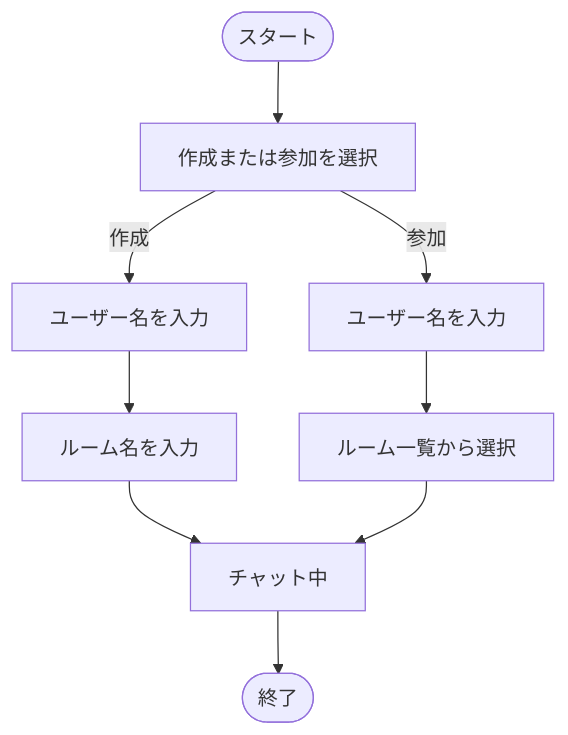
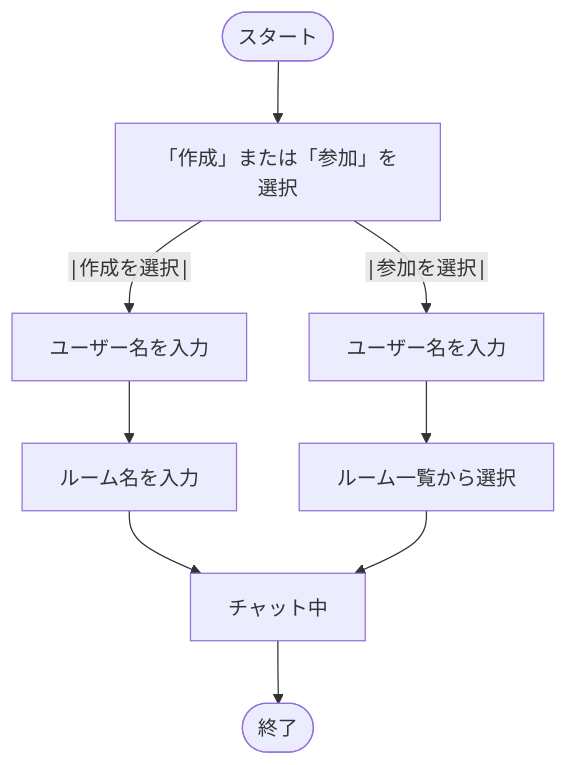
The first of 5 diagrams in README.md (BackendExplorer/Online-Chat-Service), drawn with Mermaid before and after one commit.

````diff
--- a/README.md
+++ b/README.md
@@ -1,19 +1,20 @@
 ```mermaid
 flowchart TD
     Start([スタート])
-    選択[作成または参加を選択]
+    選択["「作成」または「参加」を選択"]
 
     入力作成[ユーザー名を入力]
     ルーム名入力[ルーム名を入力]
 
     入力参加[ユーザー名を入力]
     ルーム一覧[ルーム一覧から選択]
 
     チャット中[チャット中]
     End([終了])
 
     Start --> 選択
-    選択 -- 作成 --> 入力作成 --> ルーム名入力 --> チャット中
-    選択 -- 参加 --> 入力参加 --> ルーム一覧 --> チャット中
+    選択 --|作成を選択|--> 入力作成 --> ルーム名入力 --> チャット中
+    選択 --|参加を選択|--> 入力参加 --> ルーム一覧 --> チャット中
     チャット中 --> End
+
 ```
````
